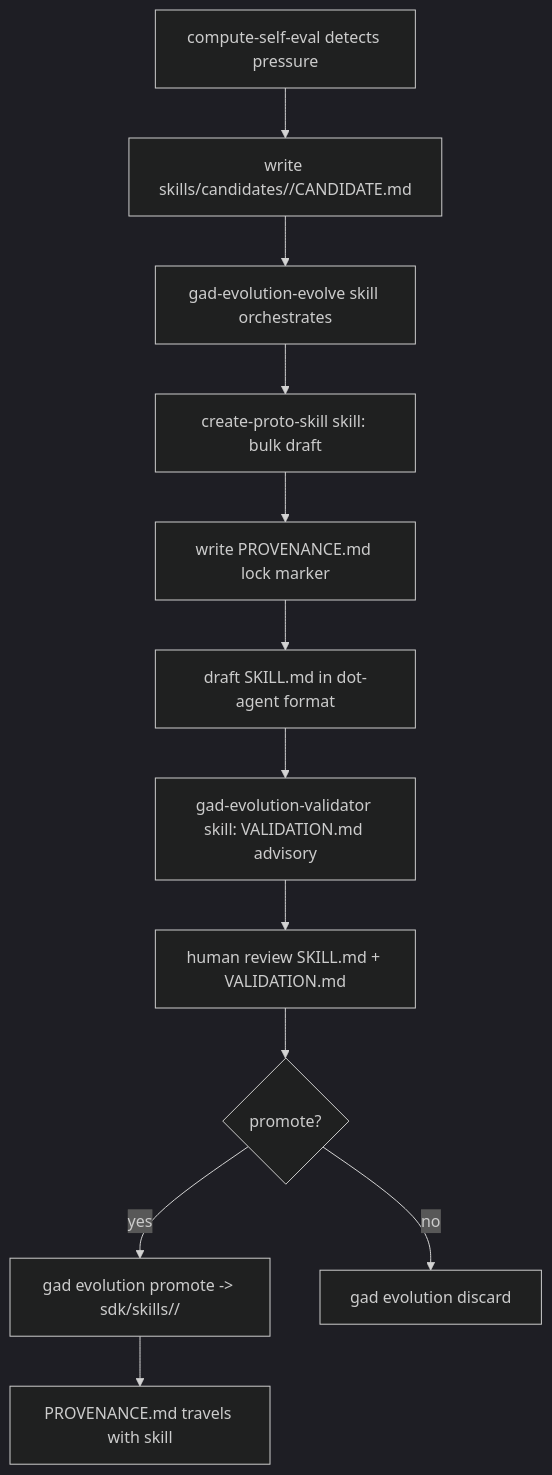
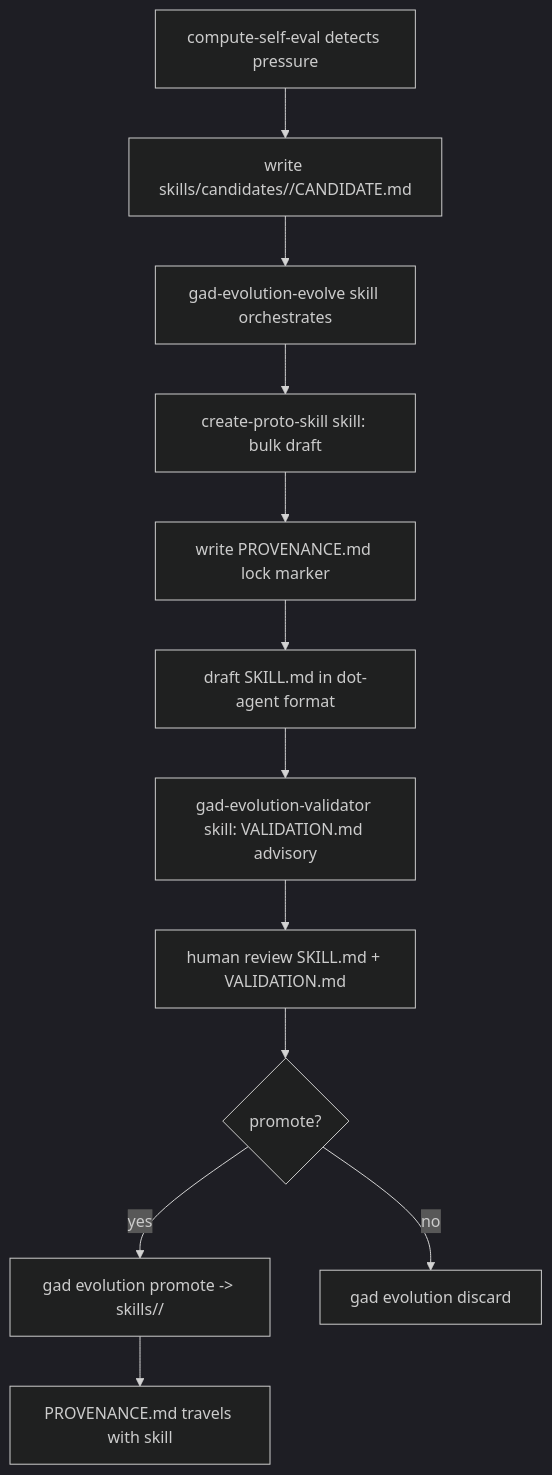
Before and after one commit to MagicbornStudios/get-anything-done: the diagram in .planning/workflows/gad-evolution.md, drawn with Mermaid (dark theme). The commit also changed other lines of this file and 590 other files, not shown here.

First line of the commit message:
chore: sync workspace — SDK layout, skills, site, planning, tests

````diff
--- a/.planning/workflows/gad-evolution.md
+++ b/.planning/workflows/gad-evolution.md
@@ -30,14 +30,14 @@
 ```mermaid
 flowchart TD
   A[compute-self-eval detects pressure] --> B[write skills/candidates/<slug>/CANDIDATE.md]
   B --> C[gad-evolution-evolve skill orchestrates]
   C --> D[create-proto-skill skill: bulk draft]
   D --> E[write PROVENANCE.md lock marker]
   E --> F[draft SKILL.md in dot-agent format]
   F --> G[gad-evolution-validator skill: VALIDATION.md advisory]
   G --> H[human review SKILL.md + VALIDATION.md]
   H --> I{promote?}
-  I -->|yes| J[gad evolution promote -> sdk/skills/<name>/]
+  I -->|yes| J[gad evolution promote -> skills/<name>/]
   I -->|no| K[gad evolution discard]
   J --> L[PROVENANCE.md travels with skill]
 ```
````
